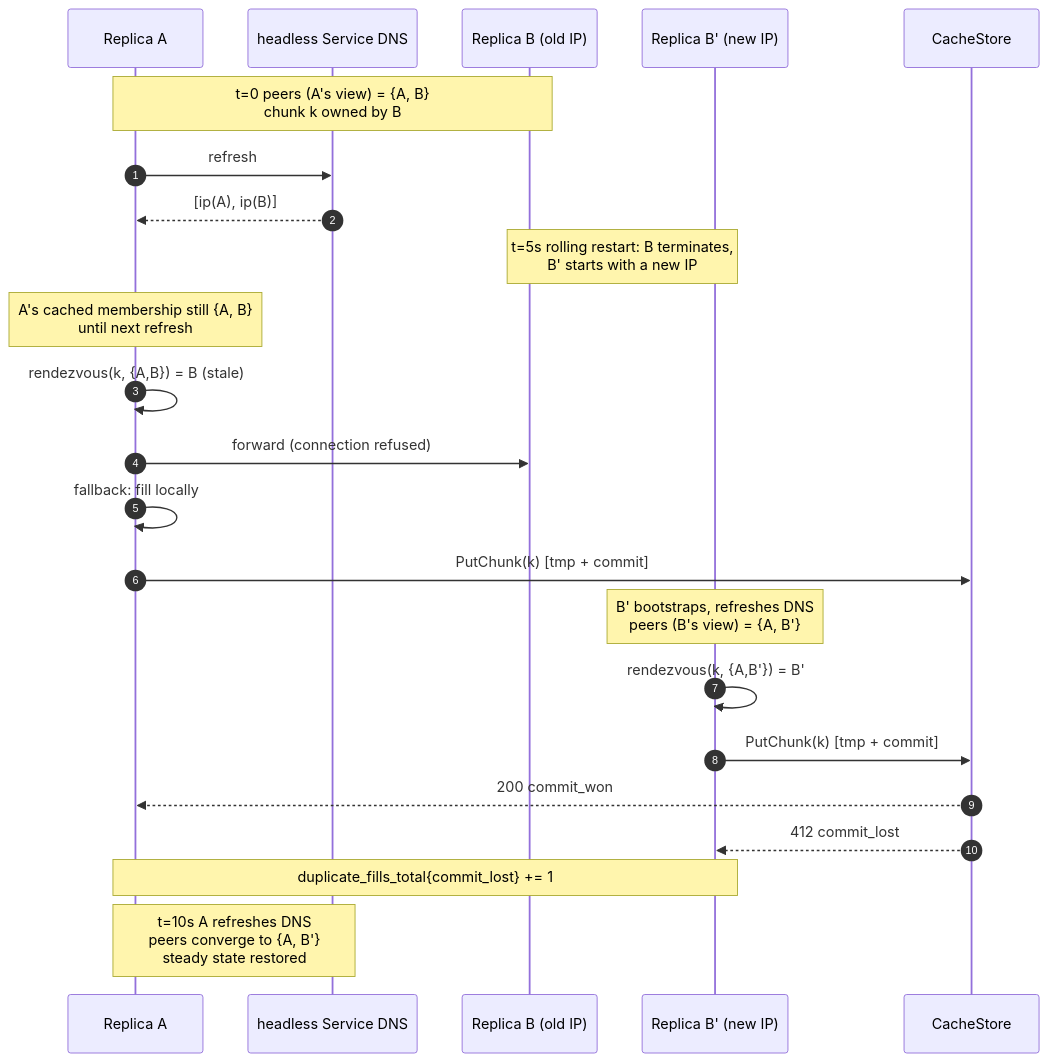
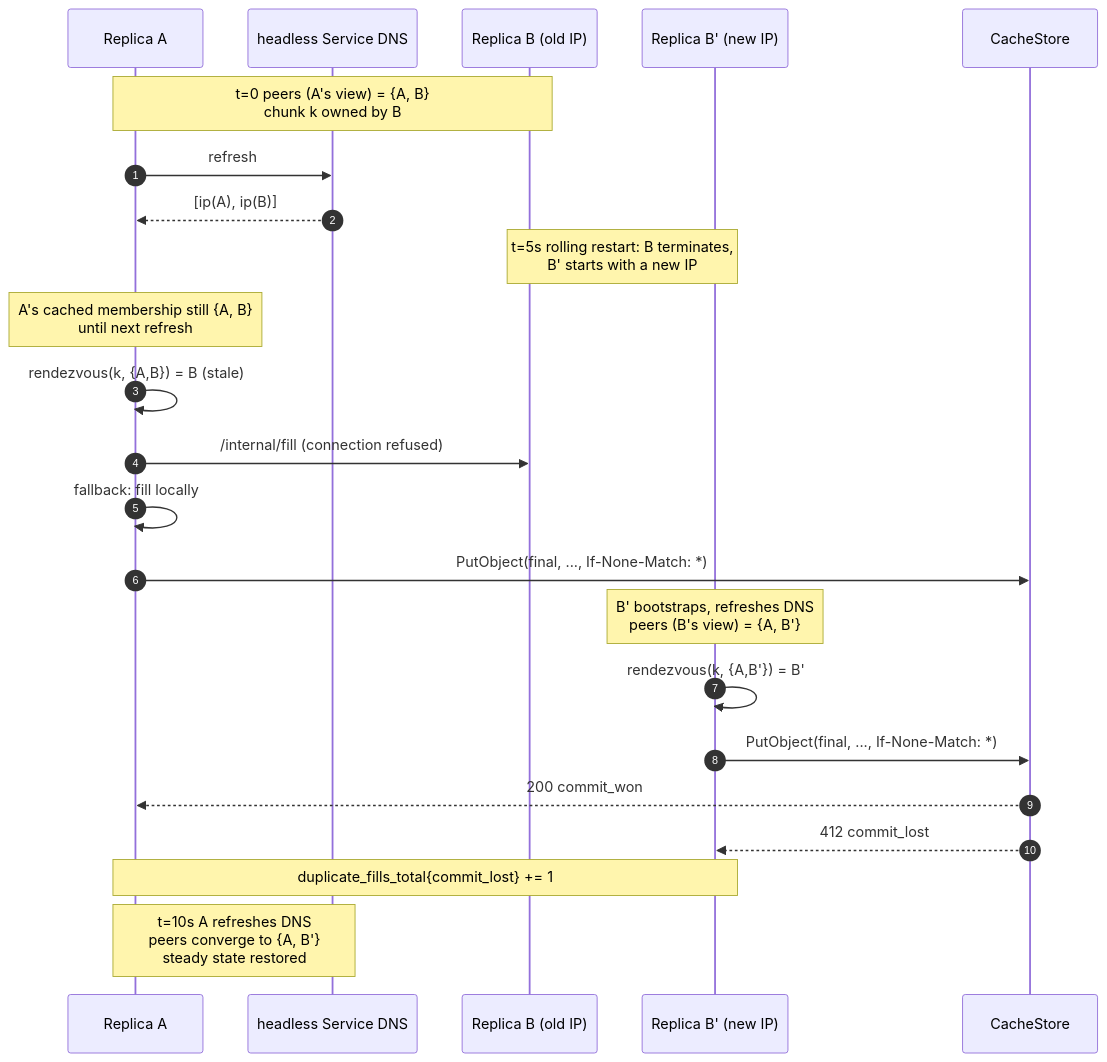
Before and after one commit to Azure/unbounded: diagram 11 of 11 in designdocs/origincache/design.md, drawn with Mermaid. The commit also changed other lines of this file, not shown here.

````diff
--- a/designdocs/origincache/design.md
+++ b/designdocs/origincache/design.md
@@ -523,25 +804,25 @@
 ```mermaid
 sequenceDiagram
     autonumber
     participant A as Replica A
     participant DNS as headless Service DNS
     participant B as Replica B (old IP)
     participant Bp as Replica B' (new IP)
     participant CS as CacheStore
     Note over A,B: t=0  peers (A's view) = {A, B}<br/>chunk k owned by B
     A->>DNS: refresh
     DNS-->>A: [ip(A), ip(B)]
     Note over B,Bp: t=5s  rolling restart: B terminates,<br/>B' starts with a new IP
     Note over A: A's cached membership still {A, B}<br/>until next refresh
     A->>A: rendezvous(k, {A,B}) = B (stale)
-    A->>B: forward (connection refused)
+    A->>B: /internal/fill (connection refused)
     A->>A: fallback: fill locally
-    A->>CS: PutChunk(k) [tmp + commit]
+    A->>CS: PutObject(final, ..., If-None-Match: *)
     Note over Bp: B' bootstraps, refreshes DNS<br/>peers (B's view) = {A, B'}
     Bp->>Bp: rendezvous(k, {A,B'}) = B'
-    Bp->>CS: PutChunk(k) [tmp + commit]
+    Bp->>CS: PutObject(final, ..., If-None-Match: *)
     CS-->>A: 200 commit_won
     CS-->>Bp: 412 commit_lost
     Note over A,Bp: duplicate_fills_total{commit_lost} += 1
     Note over A,DNS: t=10s  A refreshes DNS<br/>peers converge to {A, B'}<br/>steady state restored
 ```
````
